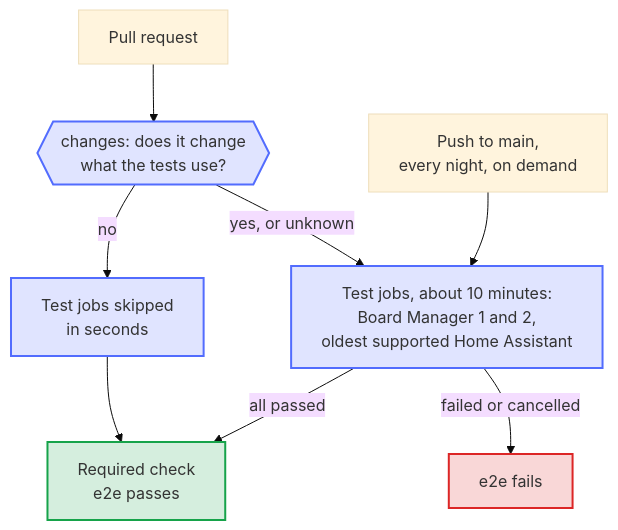
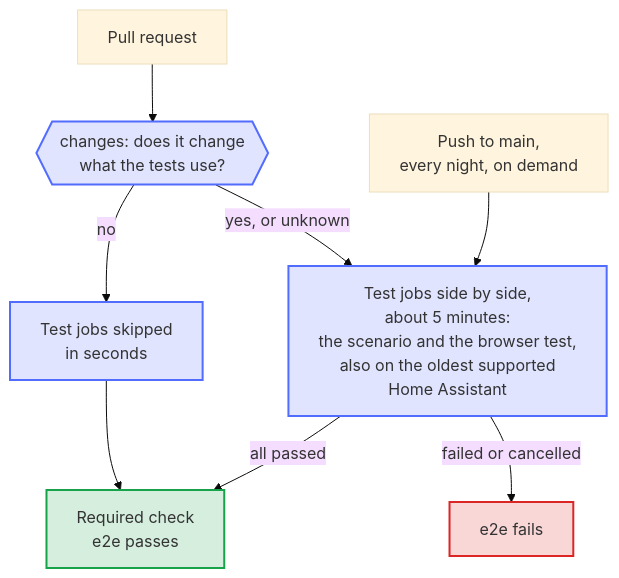
The diagram in docs/diagrams/e2e-gate.en.mmd (Dennis-Otto/ha-autodarts), drawn with Mermaid (base theme) before and after one commit. The commit also changed 24 other files, not shown here.

First line of the commit message:
ci(e2e): run the browser check in shards beside the scenario (#257)

```diff
--- a/docs/diagrams/e2e-gate.en.mmd
+++ b/docs/diagrams/e2e-gate.en.mmd
@@ -1,23 +1,23 @@
 ---
 config:
   flowchart:
     wrappingWidth: 400
 ---
 flowchart TB
   accTitle: When the end-to-end tests run
   accDescr: A push to main, the nightly run and a manual run always run the test jobs. For a pull request, the job changes asks the API for its files; when the tests use one of them, or the files are unknown, the test jobs run, otherwise they are skipped in seconds. The required check e2e passes when every test job passed or none had to run, and fails when a job failed or was cancelled.
 
   PR["Pull request"] --> CHANGES{{"changes: does it change<br/>what the tests use?"}}
   MAIN["Push to main,<br/>every night, on demand"] --> TESTS
-  CHANGES -- "yes, or unknown" --> TESTS["Test jobs, about 10 minutes:<br/>Board Manager 1 and 2,<br/>oldest supported Home Assistant"]
+  CHANGES -- "yes, or unknown" --> TESTS["Test jobs side by side,<br/>about 5 minutes:<br/>the scenario and the browser test,<br/>also on the oldest supported<br/>Home Assistant"]
   CHANGES -- "no" --> SKIPPED["Test jobs skipped<br/>in seconds"]
   TESTS -- "all passed" --> PASS["Required check<br/>e2e passes"]
   SKIPPED --> PASS
   TESTS -- "failed or cancelled" --> FAIL["e2e fails"]
 
   classDef bot fill:#526cfe2e,stroke:#526cfe,stroke-width:2px
   classDef done fill:#16a34a2e,stroke:#16a34a,stroke-width:2px
   classDef failed fill:#dc26262e,stroke:#dc2626,stroke-width:2px
   class CHANGES,TESTS,SKIPPED bot
   class PASS done
   class FAIL failed
```
